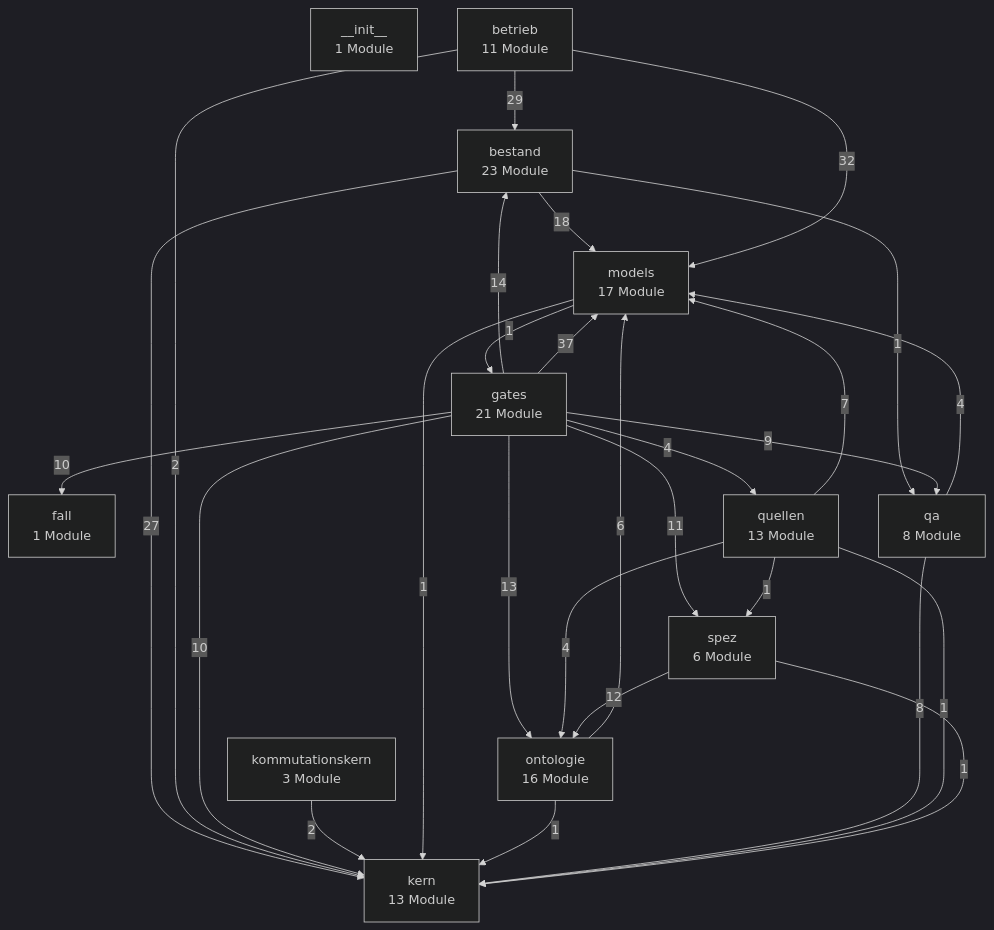
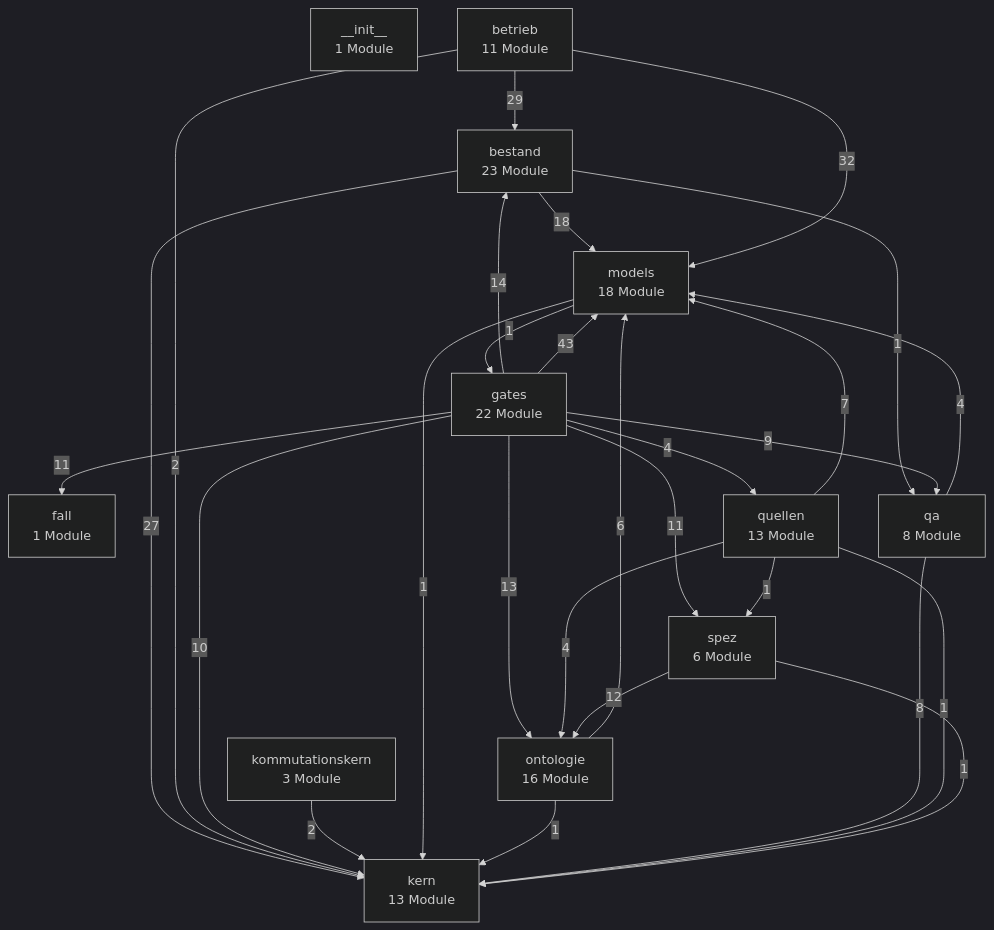
One commit to bartlmac/rechner-pipeline changed the first of 3 diagrams in docs/architektur/landkarte.md. Above: the diagram before and after it, drawn with Mermaid (dark theme). The commit also changed other lines of this file and 60 other files, not shown here.

````diff
--- a/docs/architektur/landkarte.md
+++ b/docs/architektur/landkarte.md
@@ -27,43 +27,43 @@
 ```mermaid
 %% Schichten — erzeugt von ontologie.landkarte
 flowchart TD
     n__init__["__init__<br/>1 Module"]
     bestand["bestand<br/>23 Module"]
     betrieb["betrieb<br/>11 Module"]
     fall["fall<br/>1 Module"]
-    gates["gates<br/>21 Module"]
+    gates["gates<br/>22 Module"]
     kern["kern<br/>13 Module"]
     kommutationskern["kommutationskern<br/>3 Module"]
-    models["models<br/>17 Module"]
+    models["models<br/>18 Module"]
     ontologie["ontologie<br/>16 Module"]
     qa["qa<br/>8 Module"]
     quellen["quellen<br/>13 Module"]
     spez["spez<br/>6 Module"]
     bestand -- 27 --> kern
     bestand -- 18 --> models
     bestand -- 1 --> qa
     betrieb -- 29 --> bestand
     betrieb -- 2 --> kern
     betrieb -- 32 --> models
     gates -- 14 --> bestand
-    gates -- 10 --> fall
+    gates -- 11 --> fall
     gates -- 10 --> kern
-    gates -- 37 --> models
+    gates -- 43 --> models
     gates -- 13 --> ontologie
     gates -- 9 --> qa
     gates -- 4 --> quellen
     gates -- 11 --> spez
     kommutationskern -- 2 --> kern
     models -- 1 --> gates
     models -- 1 --> kern
     ontologie -- 1 --> kern
     ontologie -- 6 --> models
     qa -- 8 --> kern
     qa -- 4 --> models
     quellen -- 1 --> kern
     quellen -- 7 --> models
     quellen -- 4 --> ontologie
     quellen -- 1 --> spez
     spez -- 1 --> kern
     spez -- 12 --> ontologie
 ```
````
